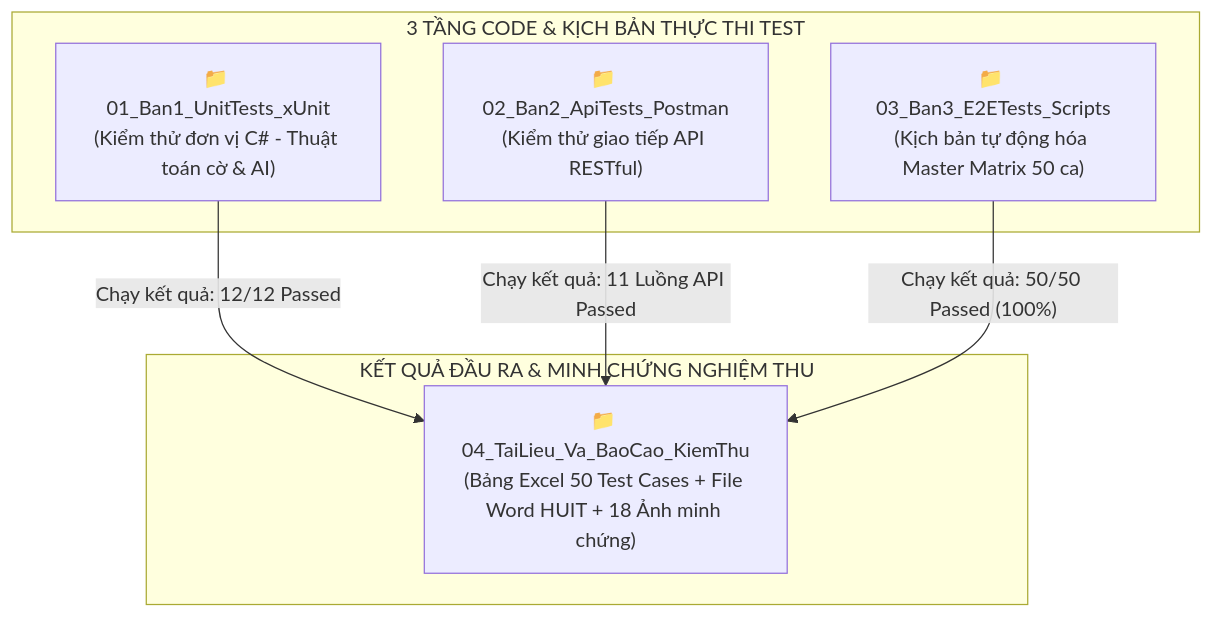
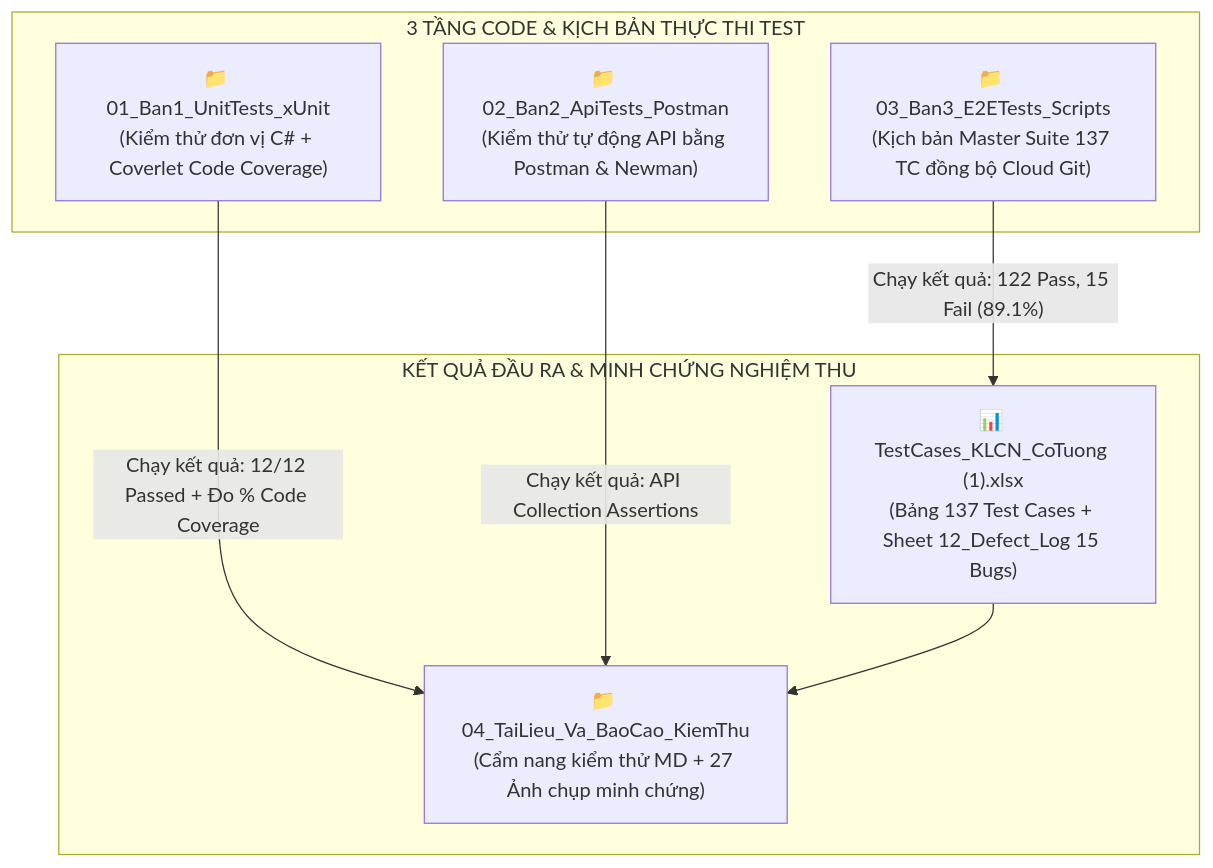
Before and after one commit to thequang120605-byte/C-T-ng-: the diagram in Testing/HUONG_DAN_HOAT_DONG_4_FOLDER_TESTING.md, drawn with Mermaid. The commit also changed other lines of this file and 2 other files, not shown here.

Commit message:
docs(testing): add comprehensive 137-TC & 15-defect manual testing guide and sync 4-folder docs

````diff
--- a/Testing/HUONG_DAN_HOAT_DONG_4_FOLDER_TESTING.md
+++ b/Testing/HUONG_DAN_HOAT_DONG_4_FOLDER_TESTING.md
@@ -14,16 +15,18 @@
 ```mermaid
 flowchart TD
     subgraph TestCode["3 TẦNG CODE & KỊCH BẢN THỰC THI TEST"]
-        F1["📁 01_Ban1_UnitTests_xUnit<br/>(Kiểm thử đơn vị C# - Thuật toán cờ & AI)"]
-        F2["📁 02_Ban2_ApiTests_Postman<br/>(Kiểm thử giao tiếp API RESTful)"]
-        F3["📁 03_Ban3_E2ETests_Scripts<br/>(Kịch bản tự động hóa Master Matrix 50 ca)"]
+        F1["📁 01_Ban1_UnitTests_xUnit<br/>(Kiểm thử đơn vị C# + Coverlet Code Coverage)"]
+        F2["📁 02_Ban2_ApiTests_Postman<br/>(Kiểm thử tự động API bằng Postman & Newman)"]
+        F3["📁 03_Ban3_E2ETests_Scripts<br/>(Kịch bản Master Suite 137 TC đồng bộ Cloud Git)"]
     end
 
     subgraph TestResults["KẾT QUẢ ĐẦU RA & MINH CHỨNG NGHIỆM THU"]
-        F4["📁 04_TaiLieu_Va_BaoCao_KiemThu<br/>(Bảng Excel 50 Test Cases + File Word HUIT + 18 Ảnh minh chứng)"]
+        F4["📁 04_TaiLieu_Va_BaoCao_KiemThu<br/>(Cẩm nang kiểm thử MD + 27 Ảnh chụp minh chứng)"]
+        FExcel["📊 TestCases_KLCN_CoTuong (1).xlsx<br/>(Bảng 137 Test Cases + Sheet 12_Defect_Log 15 Bugs)"]
     end
 
-    F1 -->|"Chạy kết quả: 12/12 Passed"| F4
-    F2 -->|"Chạy kết quả: 11 Luồng API Passed"| F4
-    F3 -->|"Chạy kết quả: 50/50 Passed (100%)"| F4
+    F1 -->|"Chạy kết quả: 12/12 Passed + Đo % Code Coverage"| F4
+    F2 -->|"Chạy kết quả: API Collection Assertions"| F4
+    F3 -->|"Chạy kết quả: 122 Pass, 15 Fail (89.1%)"| FExcel
+    FExcel --> F4
 ```
````
